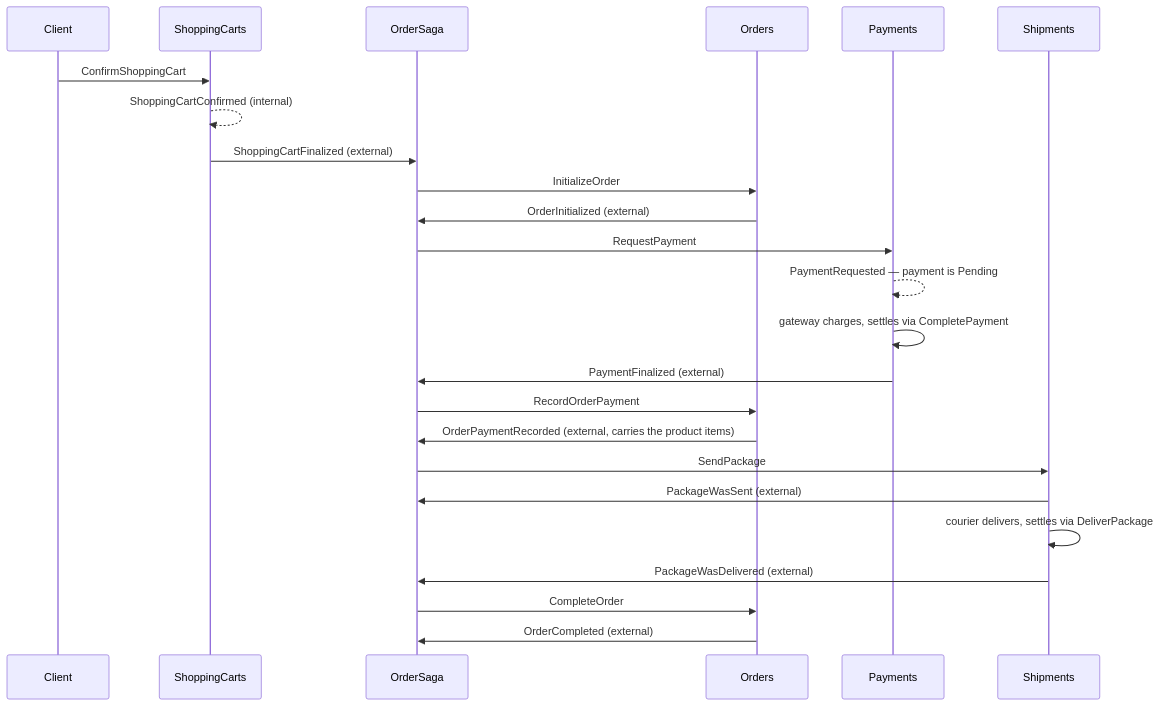
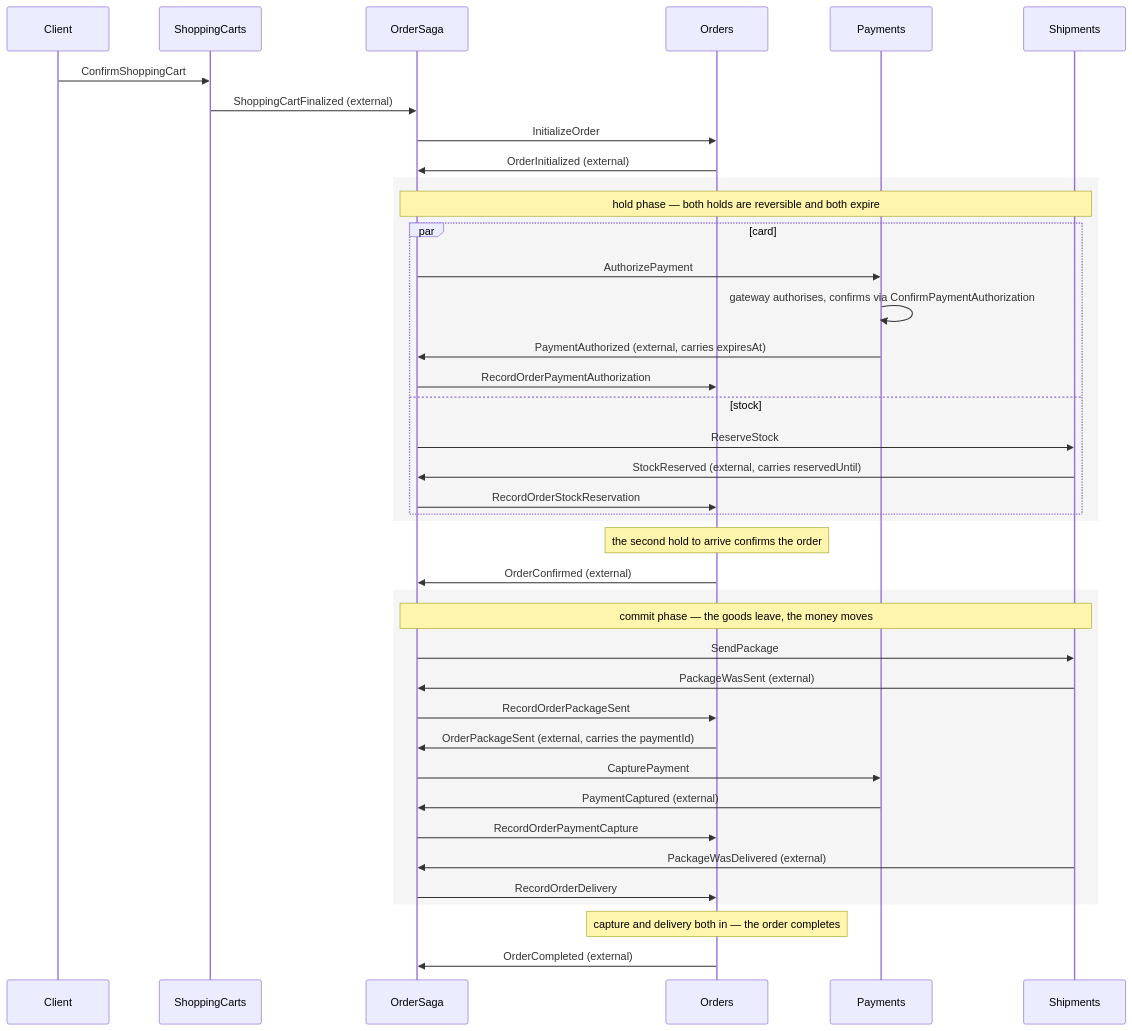
Before and after one commit to oskardudycz/EventSourcing.JVM: the first of 2 diagrams in spec.md, drawn with Mermaid. The commit also changed other lines of this file and 95 other files, not shown here.

Commit message:
Added the full cancellation and parallel processing flow

````diff
--- a/spec.md
+++ b/spec.md
@@ -64,27 +68,47 @@
 ```mermaid
 sequenceDiagram
     participant Client
     participant Cart as ShoppingCarts
     participant Saga as OrderSaga
     participant Order as Orders
     participant Pay as Payments
     participant Ship as Shipments
 
     Client->>Cart: ConfirmShoppingCart
-    Cart-->>Cart: ShoppingCartConfirmed (internal)
     Cart->>Saga: ShoppingCartFinalized (external)
     Saga->>Order: InitializeOrder
     Order->>Saga: OrderInitialized (external)
-    Saga->>Pay: RequestPayment
-    Pay-->>Pay: PaymentRequested — payment is Pending
-    Pay->>Pay: gateway charges, settles via CompletePayment
-    Pay->>Saga: PaymentFinalized (external)
-    Saga->>Order: RecordOrderPayment
-    Order->>Saga: OrderPaymentRecorded (external, carries the product items)
+
+    rect rgb(245, 245, 245)
+    Note over Saga, Ship: hold phase — both holds are reversible and both expire
+    par card
+        Saga->>Pay: AuthorizePayment
+        Pay->>Pay: gateway authorises, confirms via ConfirmPaymentAuthorization
+        Pay->>Saga: PaymentAuthorized (external, carries expiresAt)
+        Saga->>Order: RecordOrderPaymentAuthorization
+    and stock
+        Saga->>Ship: ReserveStock
+        Ship->>Saga: StockReserved (external, carries reservedUntil)
+        Saga->>Order: RecordOrderStockReservation
+    end
+    end
+
+    Note over Order: the second hold to arrive confirms the order
+    Order->>Saga: OrderConfirmed (external)
+
+    rect rgb(245, 245, 245)
+    Note over Saga, Ship: commit phase — the goods leave, the money moves
     Saga->>Ship: SendPackage
     Ship->>Saga: PackageWasSent (external)
-    Ship->>Ship: courier delivers, settles via DeliverPackage
+    Saga->>Order: RecordOrderPackageSent
+    Order->>Saga: OrderPackageSent (external, carries the paymentId)
+    Saga->>Pay: CapturePayment
+    Pay->>Saga: PaymentCaptured (external)
+    Saga->>Order: RecordOrderPaymentCapture
     Ship->>Saga: PackageWasDelivered (external)
-    Saga->>Order: CompleteOrder
+    Saga->>Order: RecordOrderDelivery
+    end
+
+    Note over Order: capture and delivery both in — the order completes
     Order->>Saga: OrderCompleted (external)
 ```
````
